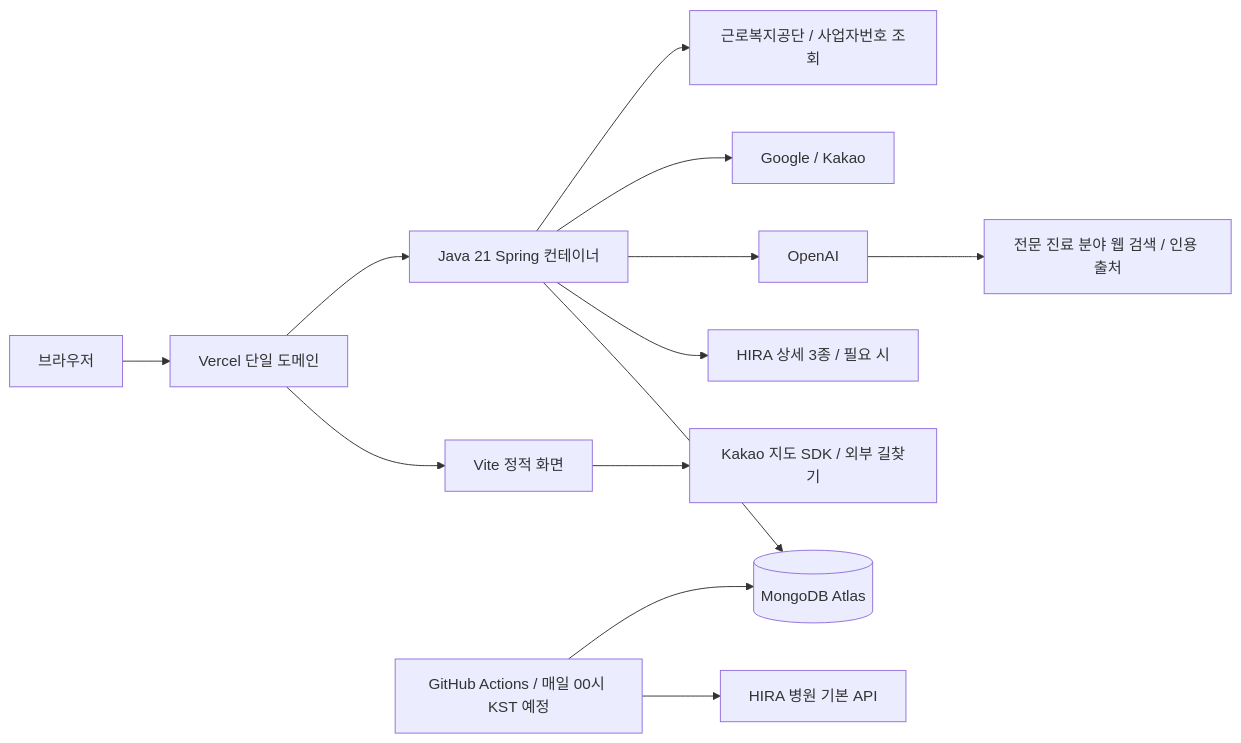
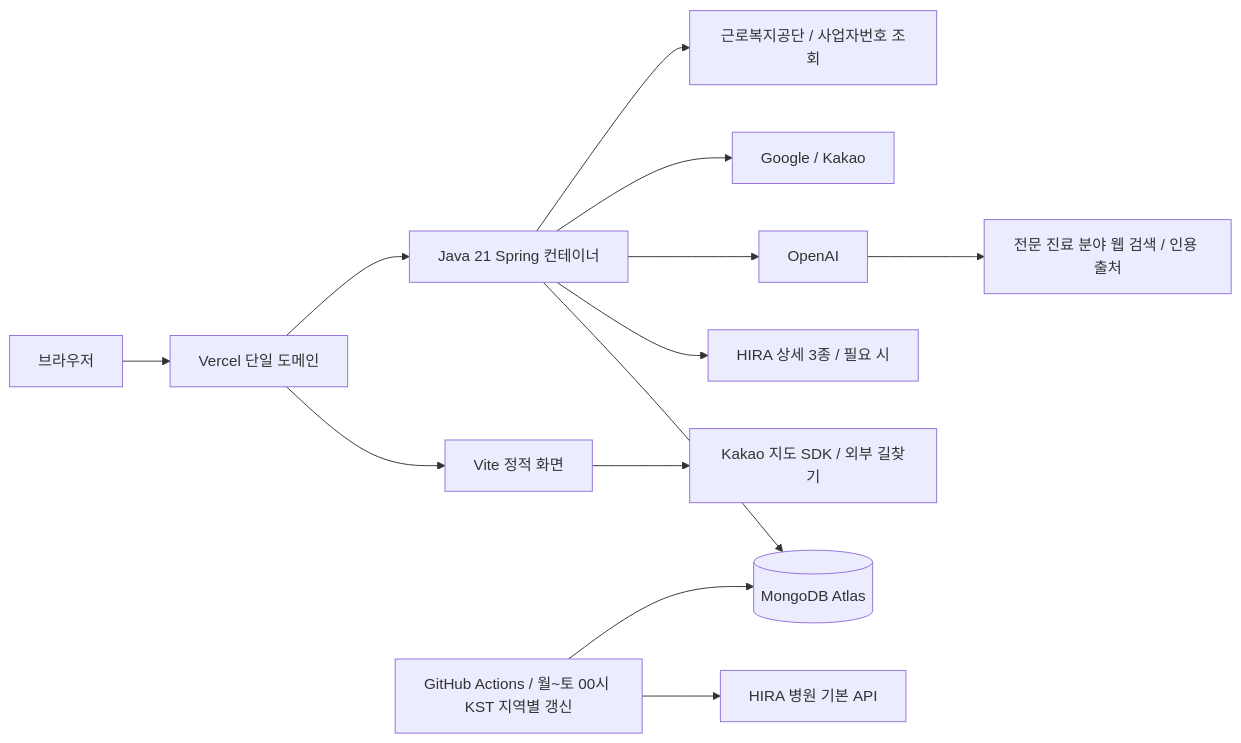
One commit to DavidPark04/hospital-reservation changed the diagram in docs/architecture.md. Above: the diagram before and after it, drawn with Mermaid. The commit also changed other lines of this file and 14 other files, not shown here.

````diff
--- a/docs/architecture.md
+++ b/docs/architecture.md
@@ -5,15 +5,15 @@
 ```mermaid
 flowchart LR
     Browser[브라우저] --> Vercel[Vercel 단일 도메인]
     Vercel --> FE[Vite 정적 화면]
     Vercel --> BE[Java 21 Spring 컨테이너]
     BE --> DB[(MongoDB Atlas)]
     BE --> Detail[HIRA 상세 3종 / 필요 시]
-    Sync[GitHub Actions / 매일 00시 KST 예정] --> Basic[HIRA 병원 기본 API]
+    Sync[GitHub Actions / 월~토 00시 KST 지역별 갱신] --> Basic[HIRA 병원 기본 API]
     Sync --> DB
     BE --> AI[OpenAI]
     AI --> Web[전문 진료 분야 웹 검색 / 인용 출처]
     BE --> OAuth[Google / Kakao]
     BE --> Business[근로복지공단 / 사업자번호 조회]
     FE --> Maps[Kakao 지도 SDK / 외부 길찾기]
 ```
````
